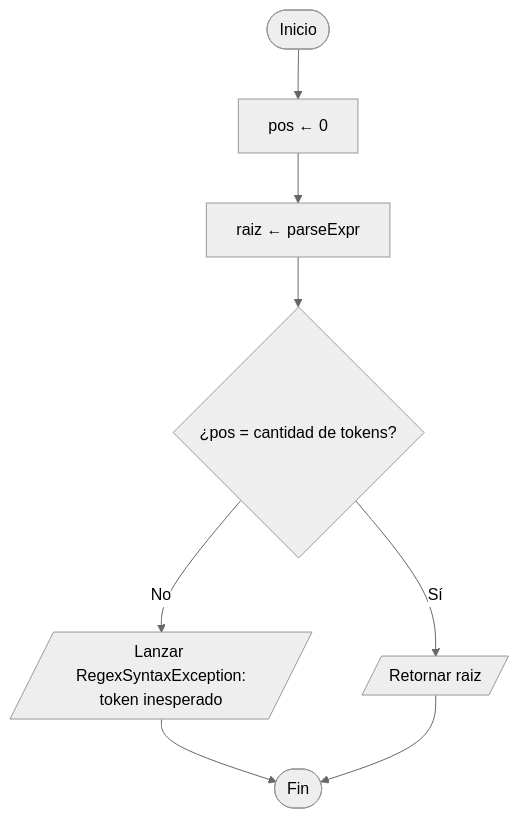
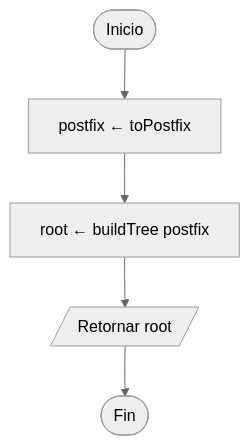
The first of 4 diagrams in docs/diagramas/02-parser.md (Leosanlo30/RegEx-to-DFA-Visualizer), drawn with Mermaid (neutral theme) before and after one commit. The commit also changed other lines of this file and 10 other files, not shown here.

Commit message:
docs: alinear diagramas de flujo con UML.md y REQUIREMENTS.md

````diff
--- a/docs/diagramas/02-parser.md
+++ b/docs/diagramas/02-parser.md
@@ -16,10 +7,7 @@
 ```mermaid
 flowchart TD
-    A([Inicio]) --> B[pos ← 0]
-    B --> C[raiz ← parseExpr]
-    C --> D{¿pos = cantidad de tokens?}
-    D -- No --> E[/Lanzar RegexSyntaxException:<br/>token inesperado/]
-    D -- Sí --> F[/Retornar raiz/]
-    E --> G([Fin])
-    F --> G
+    A([Inicio]) --> B[postfix ← toPostfix]
+    B --> C[root ← buildTree postfix]
+    C --> D[/Retornar root/]
+    D --> Z([Fin])
 ```
````
